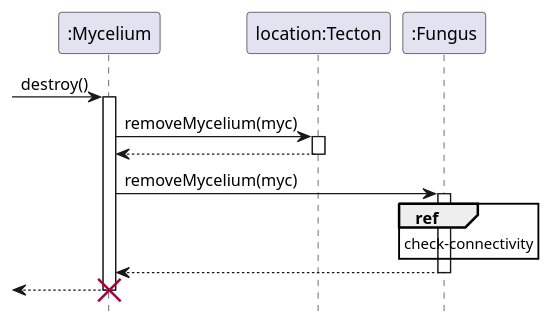
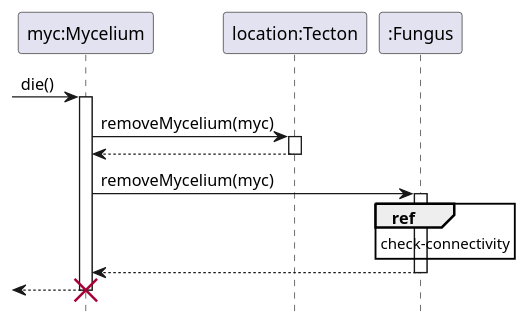
The diagram in Mycelium/mycelium-death.pu (ZD4ve/projlab-error521), drawn with PlantUML before and after one commit. The commit also changed 1 other file, not shown here.

```diff
--- a/Mycelium/mycelium-death.pu
+++ b/Mycelium/mycelium-death.pu
@@ -1,26 +1,26 @@
 @startuml Mycelium/mycelium-death
 hide footbox
 
-participant ":Mycelium" as mycelium
+participant "myc:Mycelium" as mycelium
 participant "location:Tecton" as location
 participant ":Fungus" as fungus
 
--> mycelium: destroy()
+-> mycelium: die()
 activate mycelium
 
 mycelium -> location : removeMycelium(myc)
 activate location
 return
 
 
 mycelium -> fungus : removeMycelium(myc)
 activate fungus
 ref over fungus
     check-connectivity
 end ref
 return
 
 <-- mycelium
 destroy mycelium
 
 @enduml
```
